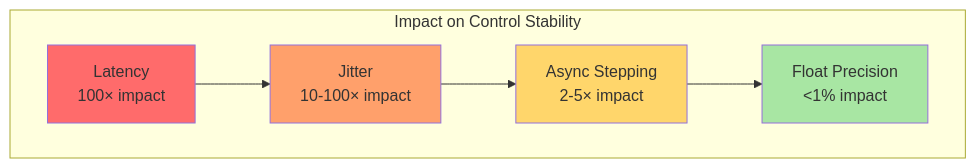
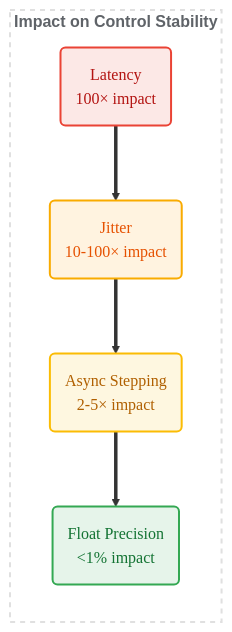
One commit to suriyasureshok/Minimal_Physics_Simulator changed the fourth of 5 diagrams in README.md. Above: the diagram before and after it, drawn with Mermaid. The commit also changed other lines of this file, not shown here.

Commit message:
Refactor README.md diagrams for improved clarity and styling

````diff
--- a/README.md
+++ b/README.md
@@ -220,16 +292,36 @@
 ```mermaid
 graph TD
-    subgraph Destabilizing["Impact on Control Stability"]
-        L[Latency<br/>100× impact]
-        J[Jitter<br/>10-100× impact]
-        A[Async Stepping<br/>2-5× impact]
-        P[Float Precision<br/><1% impact]
+    %% 1. GLOBAL STYLING
+    classDef default font-family:'Google Sans',Arial,sans-serif,color:#202124;
+
+    %% 2. COLOR CLASSES (Severity Gradient)
+    %% Critical (Latency) - Red
+    classDef gRed fill:#FCE8E6,stroke:#EA4335,stroke-width:2px,color:#B31412;
+    
+    %% High (Jitter) - Orange (Google Material Orange)
+    classDef gOrange fill:#FFF3E0,stroke:#F9AB00,stroke-width:2px,color:#E65100;
+    
+    %% Medium (Async) - Yellow
+    classDef gYellow fill:#FEF7E0,stroke:#FBBC04,stroke-width:2px,color:#B06000;
+    
+    %% Low (Float) - Green
+    classDef gGreen fill:#E6F4EA,stroke:#34A853,stroke-width:2px,color:#137333;
+
+    %% 3. THE DIAGRAM
+    subgraph Destabilizing ["<b>Impact on Control Stability</b><br/>&nbsp;"]
+        direction TB
+        
+        L("Latency<br/>100× impact"):::gRed
+        J("Jitter<br/>10-100× impact"):::gOrange
+        A("Async Stepping<br/>2-5× impact"):::gYellow
+        P("Float Precision<br/><1% impact"):::gGreen
     end
     
-    L --> J --> A --> P
-    
-    style L fill:#ff6b6b
-    style J fill:#ffa06b
-    style A fill:#ffd66b
-    style P fill:#a8e6a3
+    %% 4. CONNECTIONS
+    %% Thick arrows to show the flow of reducing impact
+    L ==> J ==> A ==> P
+
+    %% 5. SUBGRAPH STYLING
+    %% White background, clean dashed border
+    style Destabilizing fill:#ffffff,stroke:#e0e0e0,stroke-width:2px,stroke-dasharray: 5 5,color:#5f6368
 ```
````
